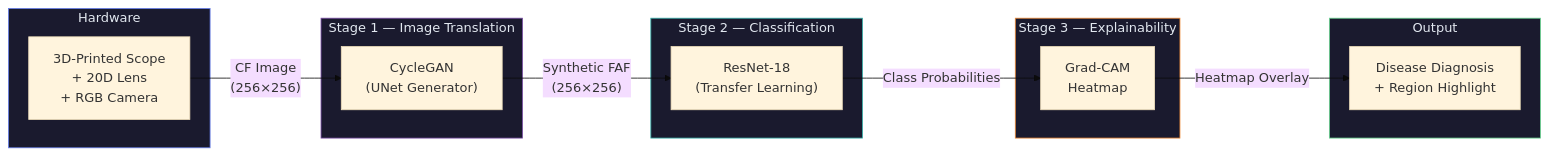
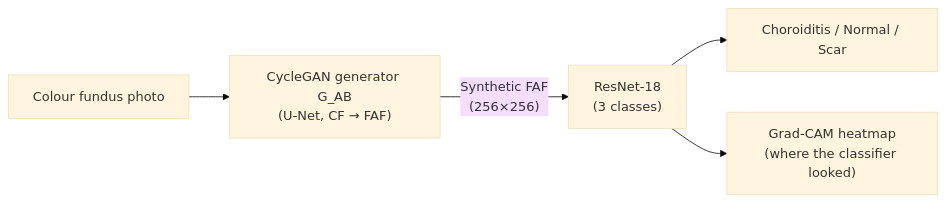
The diagram in README.md (AshutoshBhate/RetinalAI), drawn with Mermaid (base theme) before and after one commit. The commit also changed other lines of this file and 32 other files, not shown here.

````diff
--- a/README.md
+++ b/README.md
@@ -41,33 +42,7 @@
 ```mermaid
 flowchart LR
-    subgraph HW["Hardware"]
-        A["3D-Printed Scope\n+ 20D Lens\n+ RGB Camera"]
-    end
-
-    subgraph S1["Stage 1 — Image Translation"]
-        B["CycleGAN\n(UNet Generator)"]
-    end
-
-    subgraph S2["Stage 2 — Classification"]
-        C["ResNet-18\n(Transfer Learning)"]
-    end
-
-    subgraph S3["Stage 3 — Explainability"]
-        D["Grad-CAM\nHeatmap"]
-    end
-
-    subgraph OUT["Output"]
-        E["Disease Diagnosis\n+ Region Highlight"]
-    end
-
-    A -- "CF Image\n(256×256)" --> B
-    B -- "Synthetic FAF\n(256×256)" --> C
-    C -- "Class Probabilities" --> D
-    D -- "Heatmap Overlay" --> E
-
-    style HW fill:#1a1a2e,stroke:#667eea,color:#e2e8f0
-    style S1 fill:#1a1a2e,stroke:#764ba2,color:#e2e8f0
-    style S2 fill:#1a1a2e,stroke:#38b2ac,color:#e2e8f0
-    style S3 fill:#1a1a2e,stroke:#ed8936,color:#e2e8f0
-    style OUT fill:#1a1a2e,stroke:#68d391,color:#e2e8f0
+    A["Colour fundus photo"] --> B["CycleGAN generator G_AB\n(U-Net, CF → FAF)"]
+    B -- "Synthetic FAF\n(256×256)" --> C["ResNet-18\n(3 classes)"]
+    C --> D["Choroiditis / Normal / Scar"]
+    C --> E["Grad-CAM heatmap\n(where the classifier looked)"]
 ```
````
